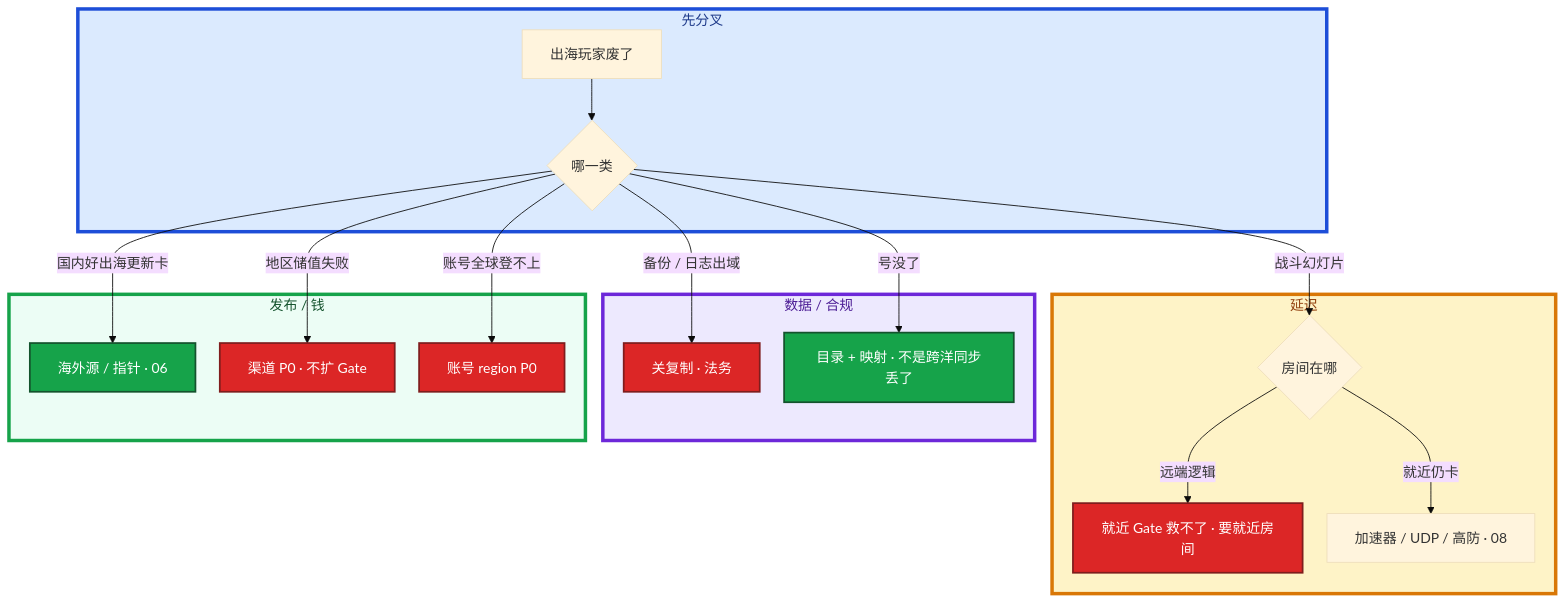
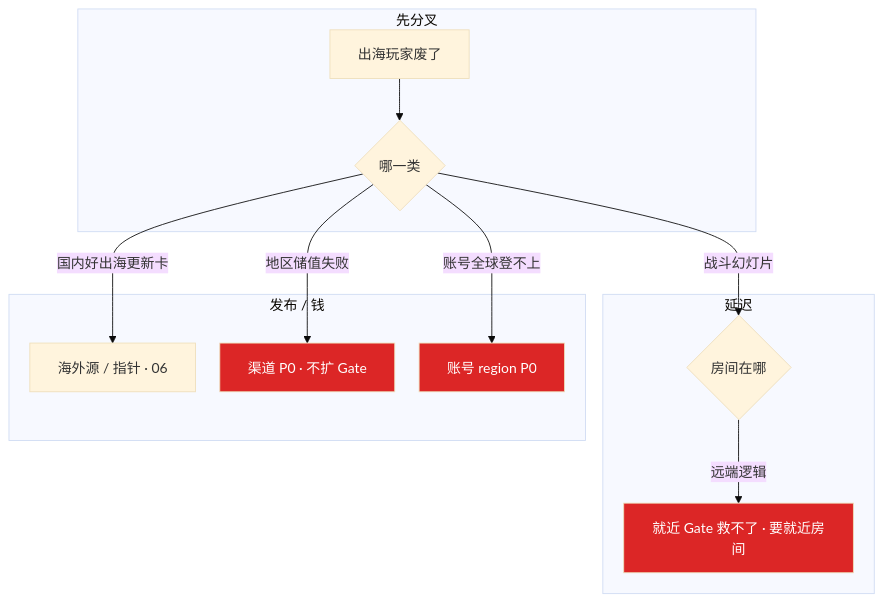
Before and after one commit to ml-cuizijun/LearnToLilith: the third of 3 diagrams in 08-游戏运维专题/10-出海与多区域/知识点.md, drawn with Mermaid. The commit also changed other lines of this file and 107 other files, not shown here.

````diff
--- a/08-游戏运维专题/10-出海与多区域/知识点.md
+++ b/08-游戏运维专题/10-出海与多区域/知识点.md
@@ -443,34 +376,18 @@
 ```mermaid
 %%{init: {"flowchart": {"padding": 16, "nodeSpacing": 28, "rankSpacing": 48}, "theme": "base"}}%%
 flowchart TB
     subgraph gate ["先分叉"]
         A[出海玩家废了] --> B{哪一类}
     end
-
     subgraph rtt ["延迟"]
         B -->|战斗幻灯片| C{房间在哪}
         C -->|远端逻辑| D[就近 Gate 救不了 · 要就近房间]
-        C -->|就近仍卡| E[加速器 / UDP / 高防 · 08]
     end
-
-    subgraph data ["数据 / 合规"]
-        B -->|备份 / 日志出域| F[关复制 · 法务]
-        B -->|号没了| G[目录 + 映射 · 不是跨洋同步丢了]
-    end
-
     subgraph pub ["发布 / 钱"]
         B -->|国内好出海更新卡| H[海外源 / 指针 · 06]
         B -->|地区储值失败| I[渠道 P0 · 不扩 Gate]
         B -->|账号全球登不上| J[账号 region P0]
     end
-
-    classDef bad fill:#DC2626,stroke:#7F1D1D,stroke-width:2px,color:#fff
-    classDef ok fill:#16A34A,stroke:#14532D,stroke-width:2px,color:#fff
-    class D,F,I,J bad
-    class G,H ok
-
-    style gate fill:#DBEAFE,stroke:#1D4ED8,stroke-width:4px,color:#1E3A8A
-    style rtt fill:#FEF3C7,stroke:#D97706,stroke-width:4px,color:#92400E
-    style data fill:#EDE9FE,stroke:#6D28D9,stroke-width:4px,color:#4C1D95
-    style pub fill:#ECFDF5,stroke:#16A34A,stroke-width:4px,color:#14532D
+    classDef bad fill:#DC2626,color:#fff
+    class D,I,J bad
 ```
````
